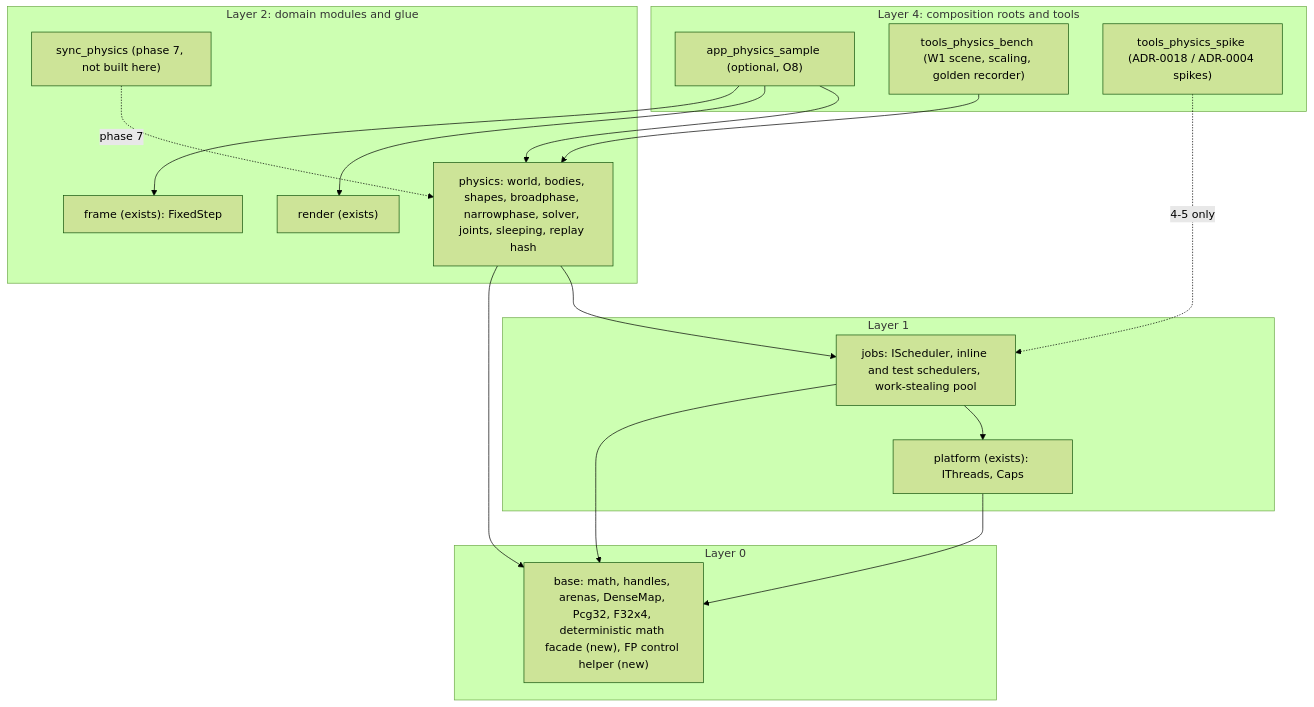
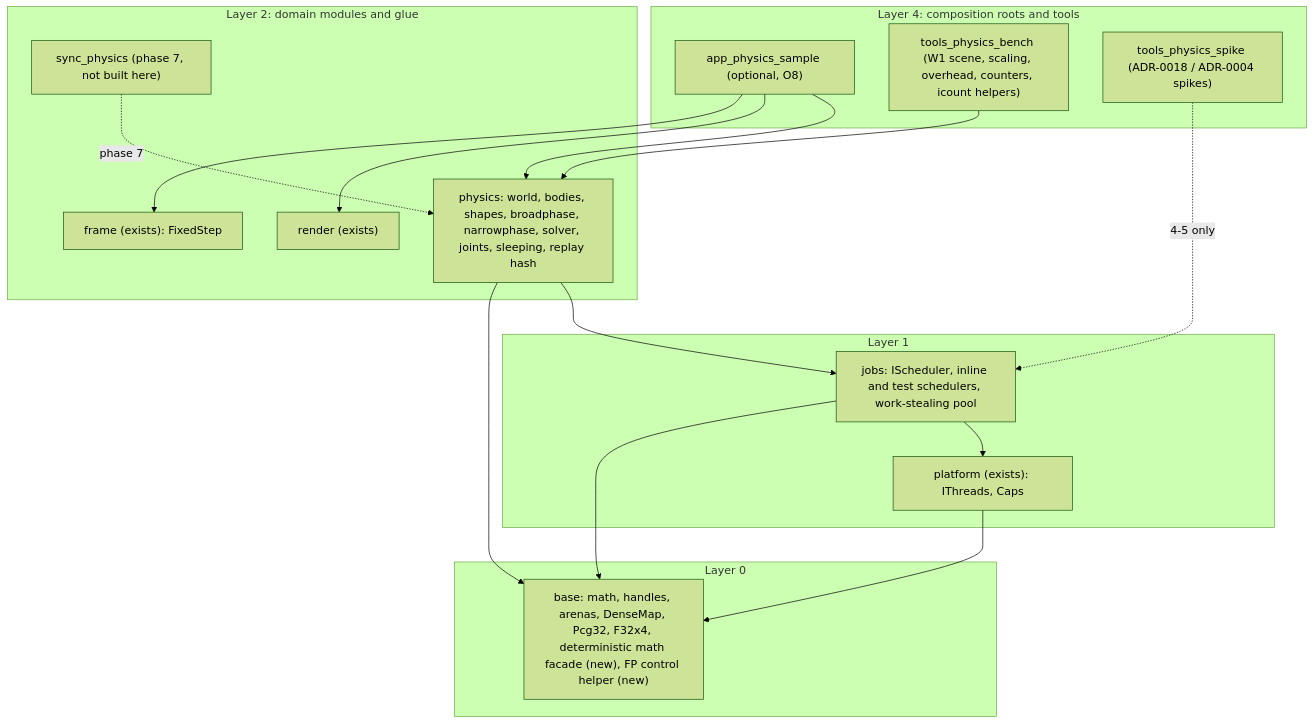
Before and after one commit to giamat90/DuckEngine: the first of 26 diagrams in wiki/architecture/physics-and-jobs-v0.md, drawn with Mermaid (forest theme). The commit also changed other lines of this file and 23 other files, not shown here.

````diff
--- a/wiki/architecture/physics-and-jobs-v0.md
+++ b/wiki/architecture/physics-and-jobs-v0.md
@@ -25,32 +25,32 @@
 ```mermaid
 flowchart TB
   subgraph L4["Layer 4: composition roots and tools"]
     sample["app_physics_sample (optional, O8)"]
-    pbench["tools_physics_bench (W1 scene, scaling, golden recorder)"]
+    pbench["tools_physics_bench (W1 scene, scaling, overhead, counters, icount helpers)"]
     spike["tools_physics_spike (ADR-0018 / ADR-0004 spikes)"]
   end
   subgraph L2["Layer 2: domain modules and glue"]
     physics["physics: world, bodies, shapes, broadphase, narrowphase, solver, joints, sleeping, replay hash"]
     frame["frame (exists): FixedStep"]
     render["render (exists)"]
     syncp["sync_physics (phase 7, not built here)"]
   end
   subgraph L1["Layer 1"]
     jobs["jobs: IScheduler, inline and test schedulers, work-stealing pool"]
     platform["platform (exists): IThreads, Caps"]
   end
   subgraph L0["Layer 0"]
     base["base: math, handles, arenas, DenseMap, Pcg32, F32x4, deterministic math facade (new), FP control helper (new)"]
   end
   sample --> physics
   sample --> render
   sample --> frame
   pbench --> physics
   spike -. "4-5 only" .-> jobs
   physics --> jobs
   physics --> base
   jobs --> platform
   jobs --> base
   platform --> base
   syncp -. "phase 7" .-> physics
 ```
````
